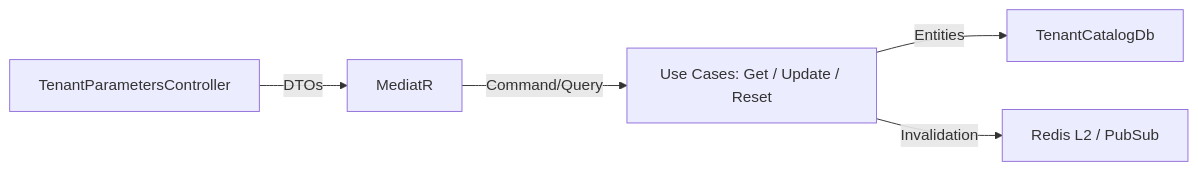
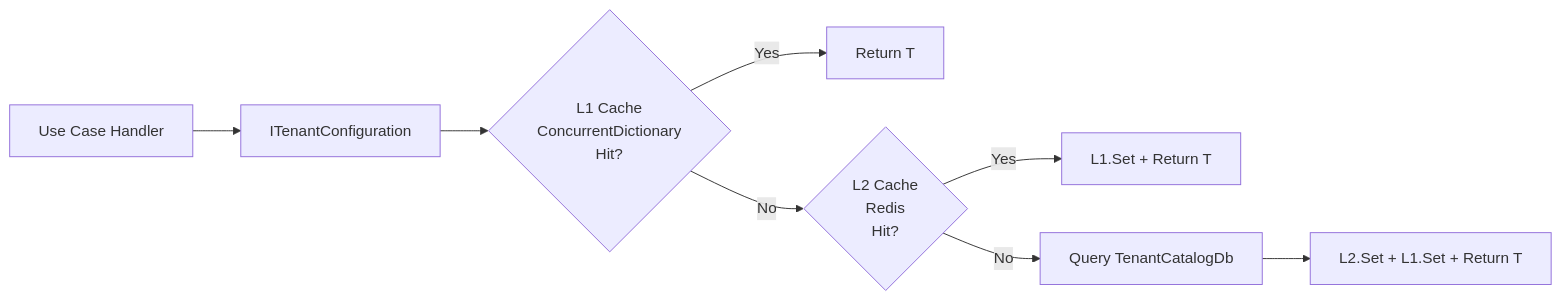
The second of 3 diagrams in docs/architecture/parametrizacion/parameterization_architecture.md (JunixOs/ZooTech-Backend), drawn with Mermaid before and after one commit. The commit also changed other lines of this file and 3 other files, not shown here.

Commit message:
docs(architecture): Actualiza planes de parametrizacion.

````diff
--- a/docs/architecture/parametrizacion/parameterization_architecture.md
+++ b/docs/architecture/parametrizacion/parameterization_architecture.md
@@ -131,7 +42,10 @@
 ```mermaid
-graph LR
-    Controller[TenantParametersController] -->|DTOs| Mediator[MediatR]
-    Mediator -->|Command/Query| UseCases[Use Cases: Get / Update / Reset]
-    UseCases -->|Entities| EFCore[TenantCatalogDb]
-    UseCases -->|Invalidation| Redis[Redis L2 / PubSub]
+flowchart LR
+    UC[Use Case Handler] --> TC[ITenantConfiguration]
+    TC --> L1{L1 Cache<br/>ConcurrentDictionary<br/>Hit?}
+    L1 -->|Yes| VAL[Return T]
+    L1 -->|No| L2{L2 Cache<br/>Redis<br/>Hit?}
+    L2 -->|Yes| L1SET[L1.Set + Return T]
+    L2 -->|No| DB[Query TenantCatalogDb]
+    DB --> L2SET[L2.Set + L1.Set + Return T]
 ```
````
